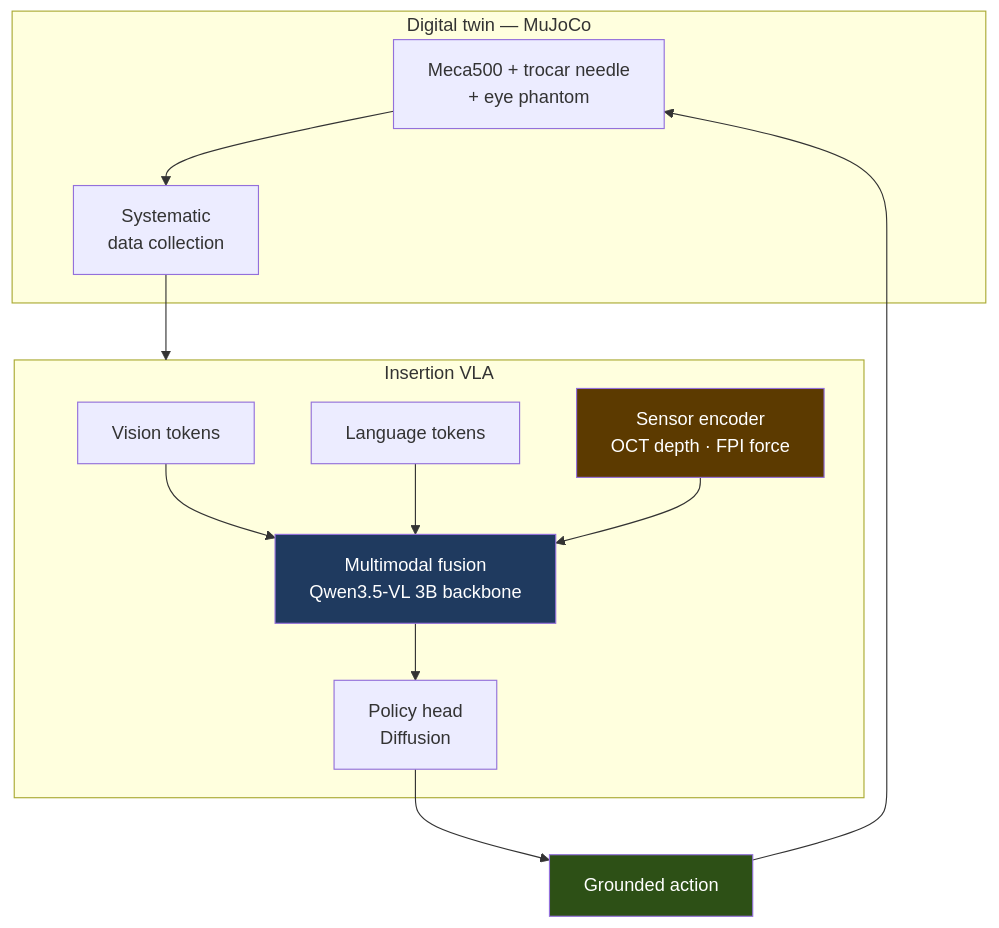
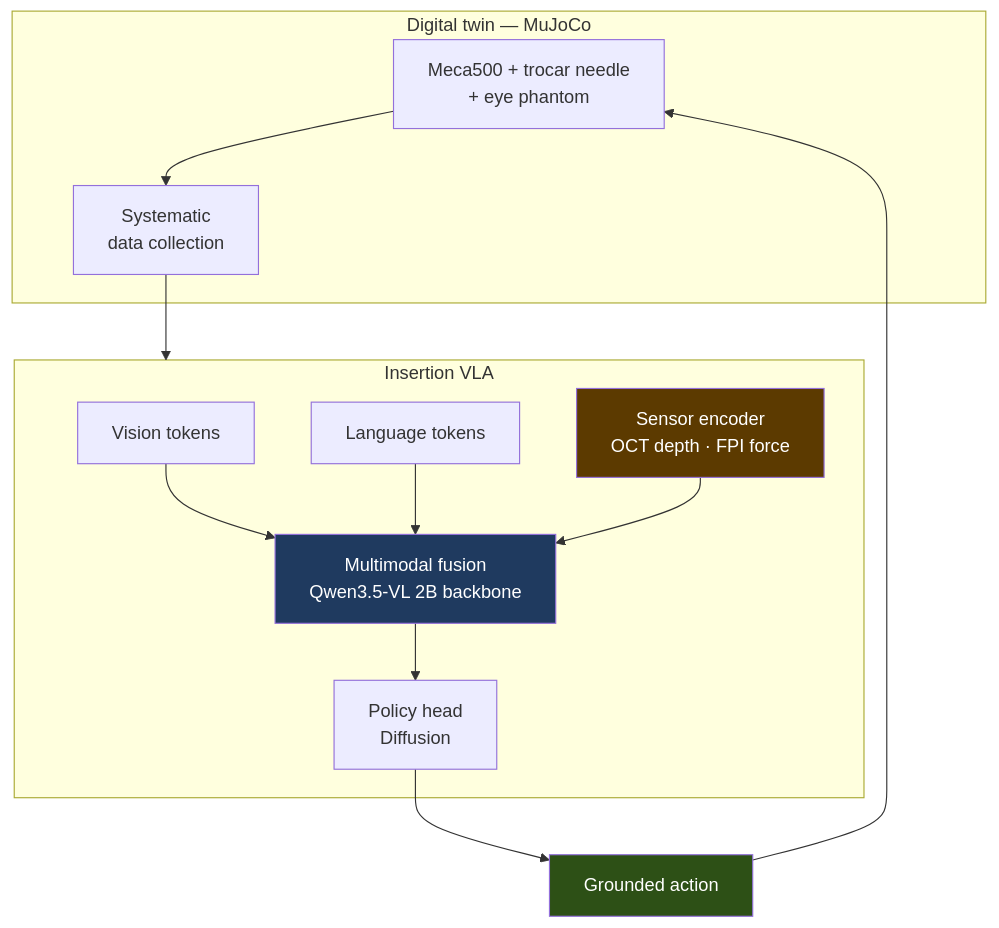
One commit to Najongs/Najongs changed the second of 6 diagrams in PORTFOLIO.md. Above: the diagram before and after it, drawn with Mermaid. The commit also changed other lines of this file and 1 other file, not shown here.

First line of the commit message:
Qwen 백본 버전 정정 — 3B → 2B

````diff
--- a/PORTFOLIO.md
+++ b/PORTFOLIO.md
@@ -64,22 +64,22 @@
 ```mermaid
 flowchart TD
     subgraph DT["Digital twin — MuJoCo"]
         SIM["Meca500 + trocar needle<br/>+ eye phantom"]
         SIM --> DATA["Systematic<br/>data collection"]
     end
 
     subgraph M["Insertion VLA"]
         IMG["Vision tokens"] --> FUSE
         TXT["Language tokens"] --> FUSE
         SENS["Sensor encoder<br/>OCT depth · FPI force"] --> FUSE
-        FUSE["Multimodal fusion<br/>Qwen3.5-VL 3B backbone"] --> POL["Policy head<br/>Diffusion"]
+        FUSE["Multimodal fusion<br/>Qwen3.5-VL 2B backbone"] --> POL["Policy head<br/>Diffusion"]
     end
 
     DATA --> M
     POL --> ACT["Grounded action"]
     ACT --> SIM
 
     style FUSE fill:#1f3a5f,color:#fff
     style SENS fill:#5c3a00,color:#fff
     style ACT fill:#2d5016,color:#fff
 ```
````
